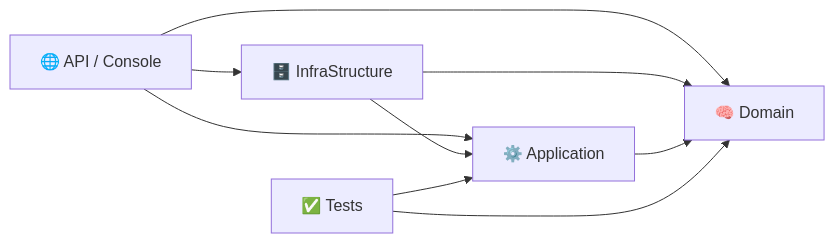
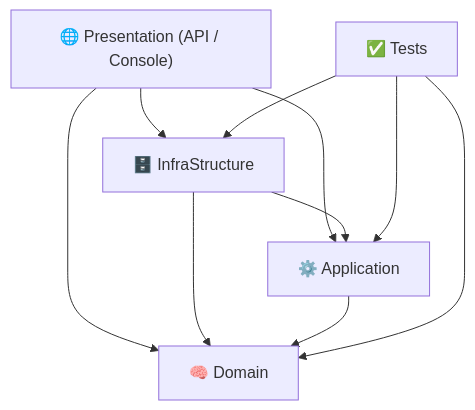
The diagram in README.md (Darwin00110/ArchGen), drawn with Mermaid before and after one commit. The commit also changed other lines of this file and 96 other files, not shown here.

````diff
--- a/README.md
+++ b/README.md
@@ -59,11 +221,12 @@
 ```mermaid
-graph LR
-    API[🌐 API / Console] --> APP[⚙️ Application]
-    API --> DOM[🧠 Domain]
-    API --> INFRA[🗄️ InfraStructure]
+graph TD
+    API["🌐 Presentation (API / Console)"] --> APP["⚙️ Application"]
+    API --> INFRA["🗄️ InfraStructure"]
+    API --> DOM["🧠 Domain"]
     INFRA --> APP
     INFRA --> DOM
     APP --> DOM
-    TEST[✅ Tests] --> APP
-    TEST --> DOM
+    TESTS["✅ Tests"] --> APP
+    TESTS --> DOM
+    TESTS --> INFRA
 ```
````
